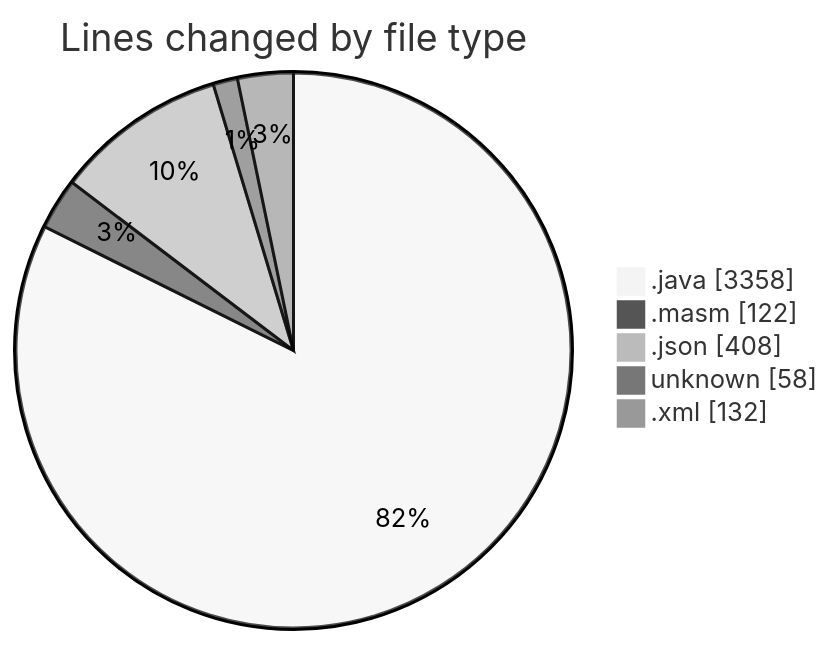
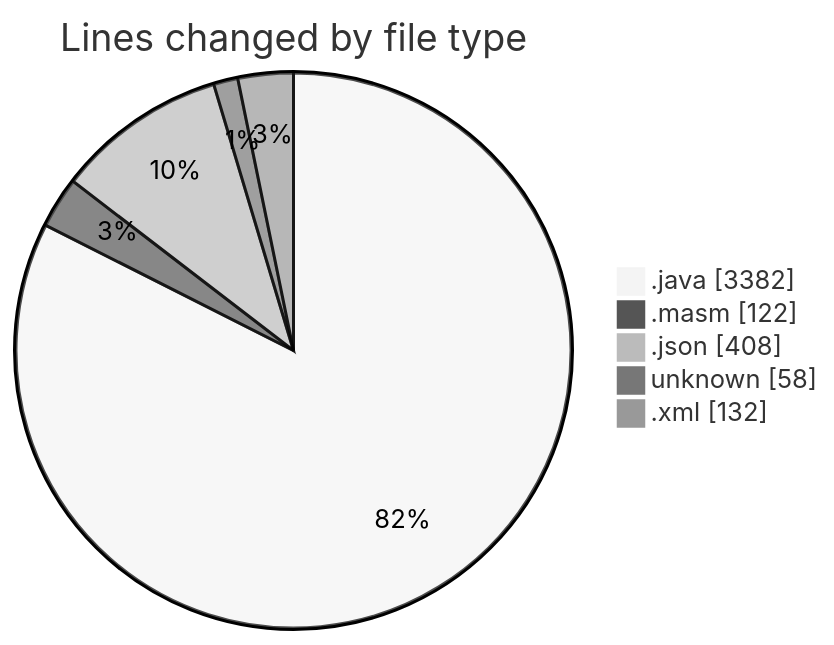
The first of 2 diagrams in 2025-02-19/masm/README.md (charlie-sans/code-tracking), drawn with Mermaid (neutral theme) before and after one commit. The commit also changed other lines of this file and 1 other file, not shown here.

````diff
--- a/2025-02-19/masm/README.md
+++ b/2025-02-19/masm/README.md
@@ -41,9 +41,9 @@
 ```mermaid
 pie showData
 title Lines changed by file type
-".java" : 3358
+".java" : 3382
 ".masm" : 122
 ".json" : 408
 "unknown" : 58
 ".xml" : 132
 ```
````
